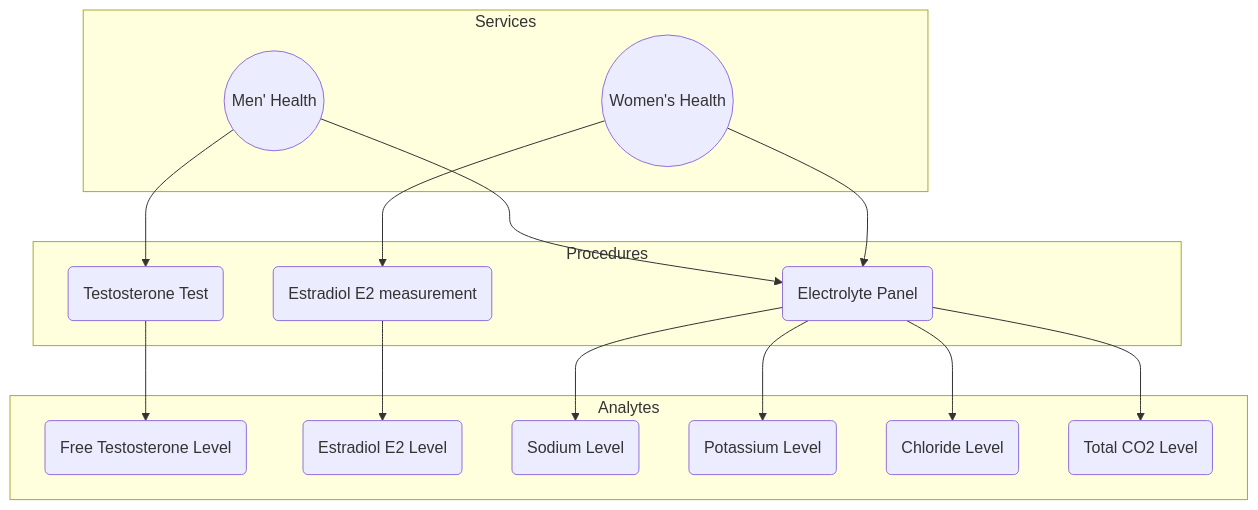
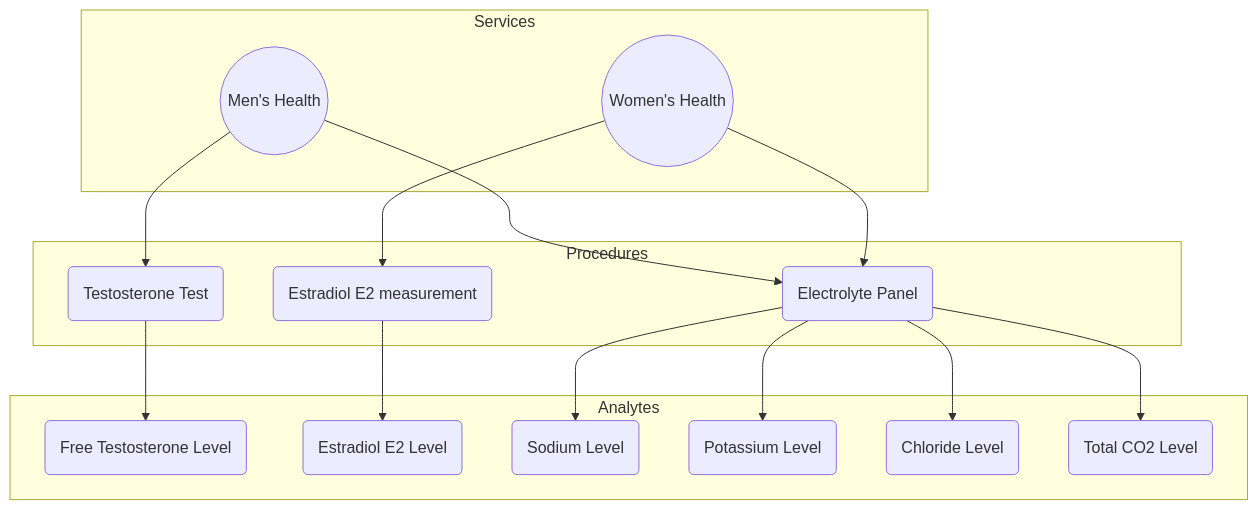
Before and after one commit to medplum/medplum: the first of 2 diagrams in packages/docs/docs/careplans/diagnostic-catalog/diagnostic-catalog.md, drawn with Mermaid. The commit also changed other lines of this file and 1 other file, not shown here.

````diff
--- a/packages/docs/docs/careplans/diagnostic-catalog/diagnostic-catalog.md
+++ b/packages/docs/docs/careplans/diagnostic-catalog/diagnostic-catalog.md
@@ -42,34 +38,34 @@
 ```mermaid
 graph TD
-    A((Men' Health)) --> TestProc(Testosterone Test)
+    A((Men's Health)) --> TestProc(Testosterone Test)
 		A --> ElecProc(Electrolyte Panel)
 		Z((Women's Health)) -->  E2Proc(Estradiol E2 measurement)
 		Z --> ElecProc
 		TestProc --> E(Free Testosterone Level)
 		E2Proc --> W(Estradiol E2 Level)
 		ElecProc --> F(Sodium Level)
 		ElecProc --> G(Potassium Level)
 		ElecProc --> H(Chloride Level)
-		ElecProc --> J(Total CO2 Level)	
+		ElecProc --> J(Total CO2 Level)
 
 		subgraph Services
       A
       Z
     end
-   
+
     subgraph Procedures
       TestProc
       ElecProc
       E2Proc
     end
 
 
     subgraph Analytes
       E
       F
       G
       H
       J
       W
     end
 ```
````
